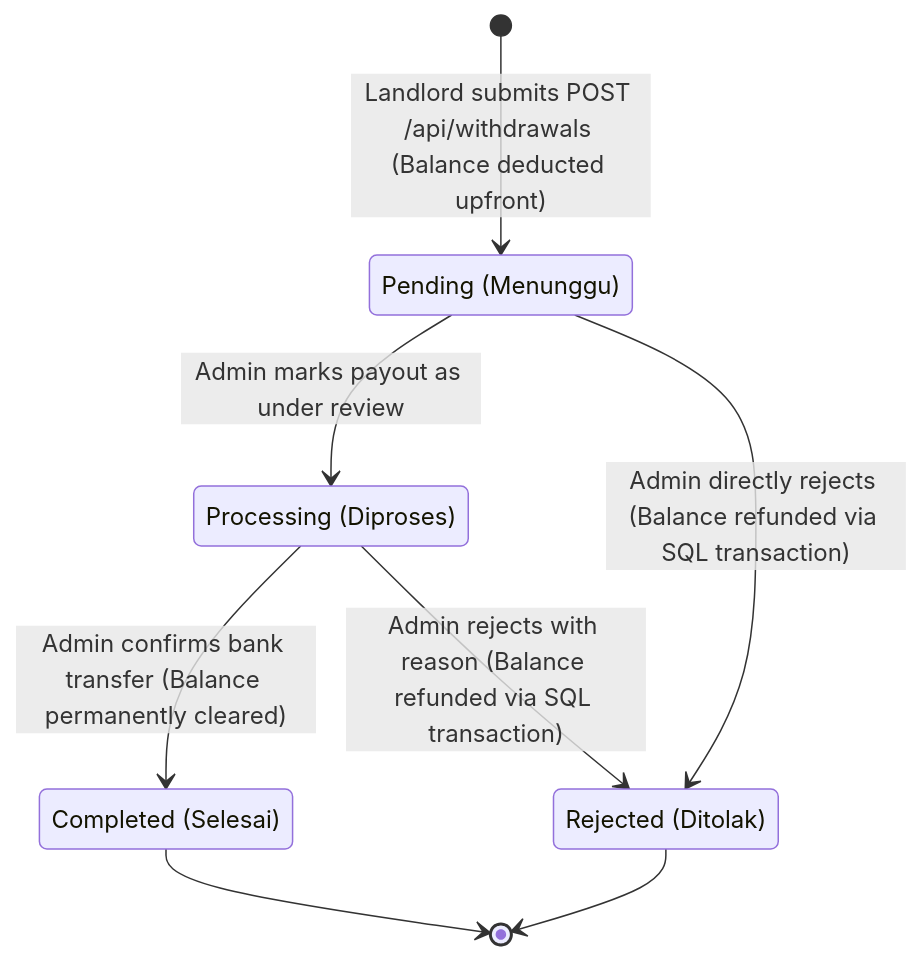
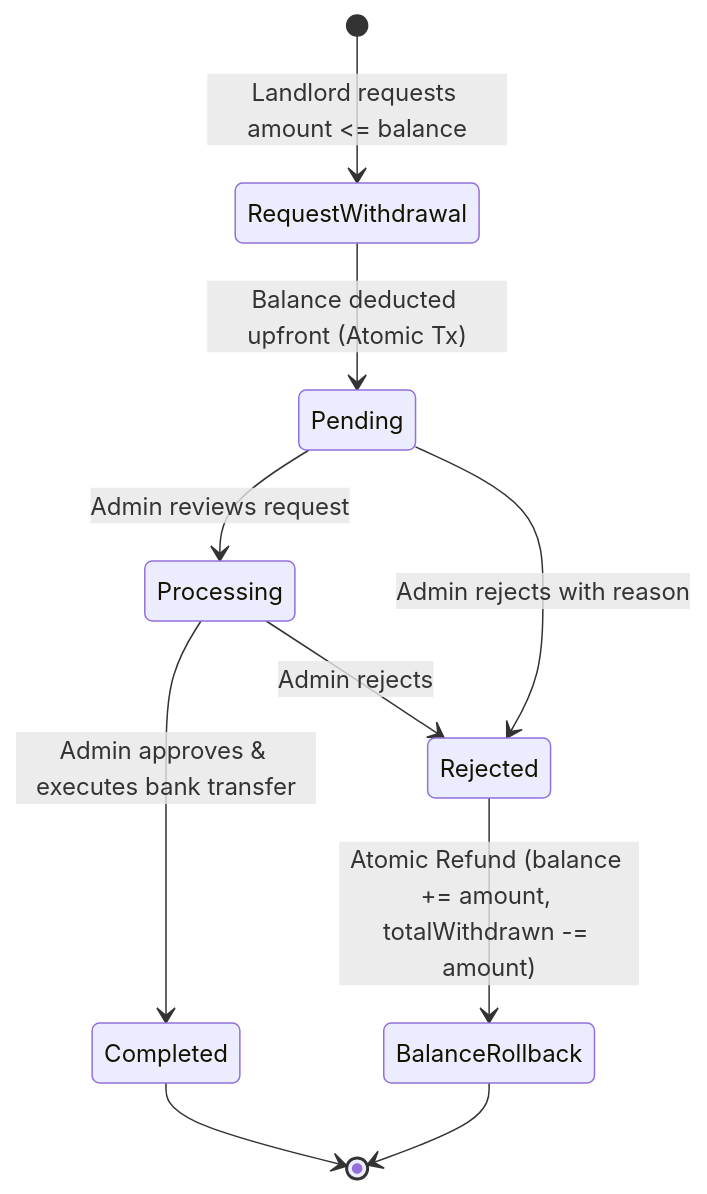
Before and after one commit to Dramaniako/KOSMO-landing-page: the fourth of 4 diagrams in PROJECT_HANDOFF.md, drawn with Mermaid. The commit also changed other lines of this file, not shown here.

````diff
--- a/PROJECT_HANDOFF.md
+++ b/PROJECT_HANDOFF.md
@@ -326,17 +446,15 @@
 ```mermaid
 stateDiagram-v2
-    [*] --> Pending: Landlord submits POST /api/withdrawals (Balance deducted upfront)
+    [*] --> RequestWithdrawal : Landlord requests amount <= balance
+    RequestWithdrawal --> Pending : Balance deducted upfront (Atomic Tx)
     
-    state "Pending (Menunggu)" as Pending
-    state "Processing (Diproses)" as Processing
-    state "Completed (Selesai)" as Completed
-    state "Rejected (Ditolak)" as Rejected
-
-    Pending --> Processing: Admin marks payout as under review
-    Processing --> Completed: Admin confirms bank transfer (Balance permanently cleared)
-    Processing --> Rejected: Admin rejects with reason (Balance refunded via SQL transaction)
-    Pending --> Rejected: Admin directly rejects (Balance refunded via SQL transaction)
+    Pending --> Processing : Admin reviews request
+    Processing --> Completed : Admin approves & executes bank transfer
+    
+    Pending --> Rejected : Admin rejects with reason
+    Processing --> Rejected : Admin rejects
+    Rejected --> BalanceRollback : Atomic Refund (balance += amount, totalWithdrawn -= amount)
     
     Completed --> [*]
-    Rejected --> [*]
+    BalanceRollback --> [*]
 ```
````
